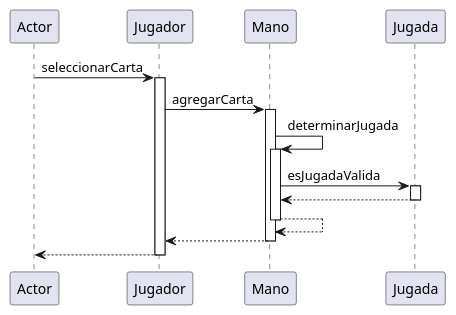
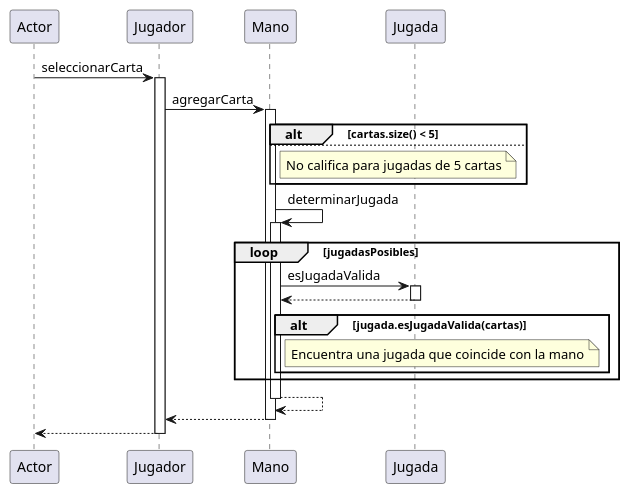
Before and after one commit to Cbonchan/Balatro: the diagram in diagrams/sequences/Jugador_seleccionarCarta.puml, drawn with PlantUML. The commit also changed 6 other files, not shown here.

Commit message:
agregadas imagenes diagramas de secuencia y paquetes

```diff
--- a/diagrams/sequences/Jugador_seleccionarCarta.puml
+++ b/diagrams/sequences/Jugador_seleccionarCarta.puml
@@ -1,18 +1,27 @@
 @startuml
 participant Actor
 Actor -> Jugador : seleccionarCarta
 activate Jugador
 Jugador -> Mano : agregarCarta
 activate Mano
+alt cartas.size() < 5
+else 
+note right of Mano : No califica para jugadas de 5 cartas
+end
 Mano -> Mano : determinarJugada
 activate Mano
+loop jugadasPosibles
 Mano -> Jugada : esJugadaValida
 activate Jugada
 Jugada --> Mano
 deactivate Jugada
+alt jugada.esJugadaValida(cartas)
+note right of Mano : Encuentra una jugada que coincide con la mano
+end
+end
 Mano --> Mano
 deactivate Mano
 Mano --> Jugador
 deactivate Mano
 return
 @enduml
```
